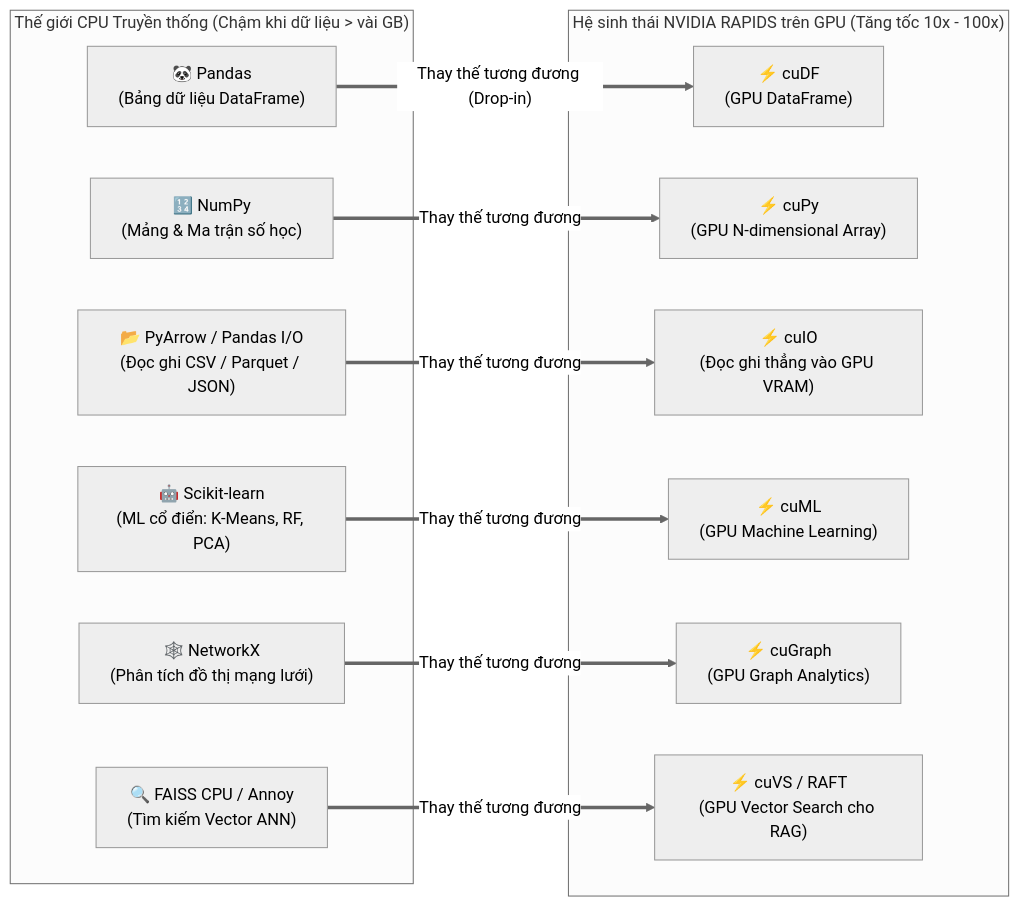
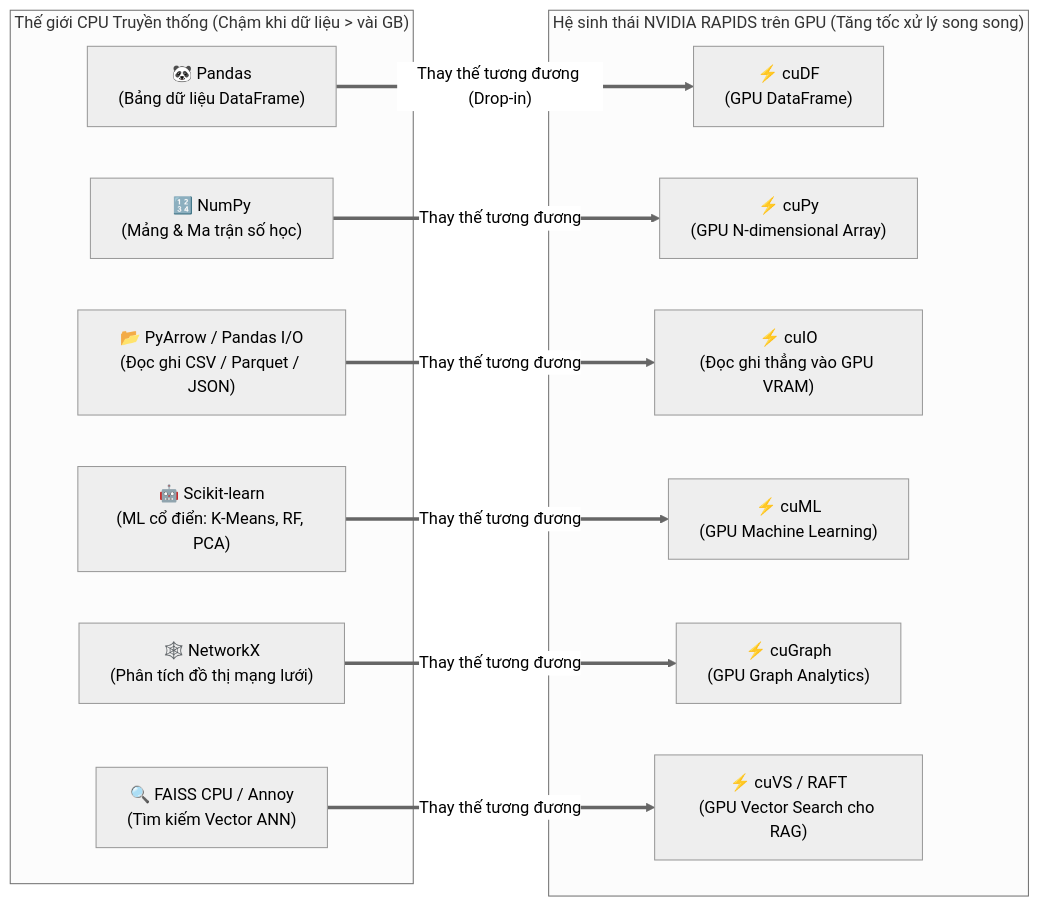
One commit to nxthanh2904/nca-genl changed the third of 6 diagrams in Module_08_NVIDIA_Ecosystem.md. Above: the diagram before and after it, drawn with Mermaid (neutral theme). The commit also changed other lines of this file and 14 other files, not shown here.

````diff
--- a/Module_08_NVIDIA_Ecosystem.md
+++ b/Module_08_NVIDIA_Ecosystem.md
@@ -125,27 +126,27 @@
 ```mermaid
 flowchart LR
     subgraph CPU_World["Thế giới CPU Truyền thống (Chậm khi dữ liệu > vài GB)"]
         P1["🐼 Pandas<br/>(Bảng dữ liệu DataFrame)"]
         P2["🔢 NumPy<br/>(Mảng & Ma trận số học)"]
         P3["📂 PyArrow / Pandas I/O<br/>(Đọc ghi CSV / Parquet / JSON)"]
         P4["🤖 Scikit-learn<br/>(ML cổ điển: K-Means, RF, PCA)"]
         P5["🕸️ NetworkX<br/>(Phân tích đồ thị mạng lưới)"]
         P6["🔍 FAISS CPU / Annoy<br/>(Tìm kiếm Vector ANN)"]
     end
 
-    subgraph GPU_World["Hệ sinh thái NVIDIA RAPIDS trên GPU (Tăng tốc 10x - 100x)"]
+    subgraph GPU_World["Hệ sinh thái NVIDIA RAPIDS trên GPU (Tăng tốc xử lý song song)"]
         G1["⚡ cuDF<br/>(GPU DataFrame)"]
         G2["⚡ cuPy<br/>(GPU N-dimensional Array)"]
         G3["⚡ cuIO<br/>(Đọc ghi thẳng vào GPU VRAM)"]
         G4["⚡ cuML<br/>(GPU Machine Learning)"]
         G5["⚡ cuGraph<br/>(GPU Graph Analytics)"]
         G6["⚡ cuVS / RAFT<br/>(GPU Vector Search cho RAG)"]
     end
 
     P1 ==>|"Thay thế tương đương (Drop-in)"| G1
     P2 ==>|"Thay thế tương đương"| G2
     P3 ==>|"Thay thế tương đương"| G3
     P4 ==>|"Thay thế tương đương"| G4
     P5 ==>|"Thay thế tương đương"| G5
     P6 ==>|"Thay thế tương đương"| G6
 ```
````
